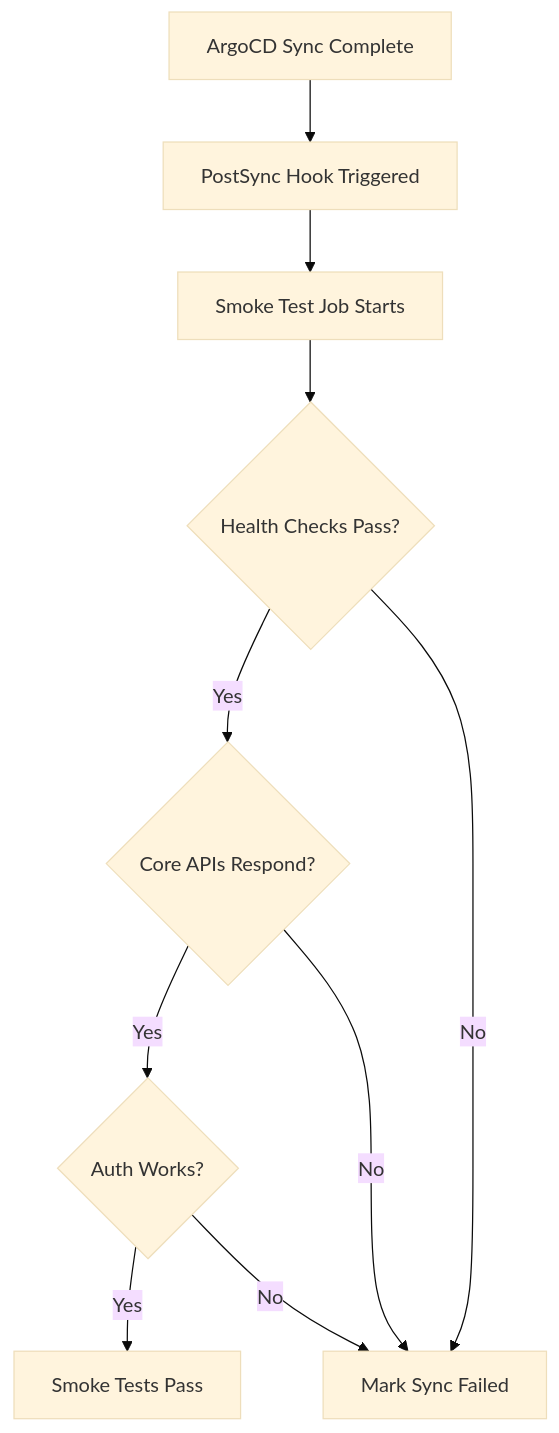
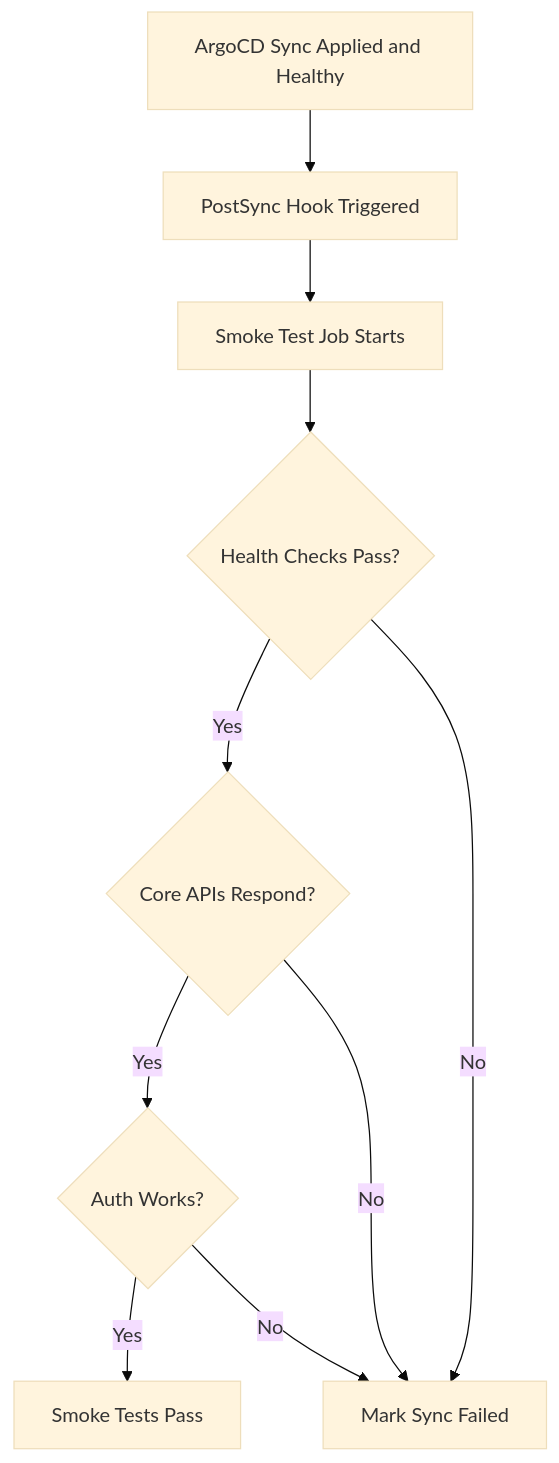
One commit to OneUptime/blog changed the diagram in posts/2026-02-26-argocd-smoke-tests-postsync-hooks/README.md. Above: the diagram before and after it, drawn with Mermaid (base theme). The commit also changed other lines of this file and 2 other files, not shown here.

````diff
--- a/posts/2026-02-26-argocd-smoke-tests-postsync-hooks/README.md
+++ b/posts/2026-02-26-argocd-smoke-tests-postsync-hooks/README.md
@@ -26,12 +26,12 @@
 ```mermaid
 graph TD
-    A[ArgoCD Sync Complete] --> B[PostSync Hook Triggered]
+    A[ArgoCD Sync Applied and Healthy] --> B[PostSync Hook Triggered]
     B --> C[Smoke Test Job Starts]
     C --> D{Health Checks Pass?}
     D -->|Yes| E{Core APIs Respond?}
     D -->|No| H[Mark Sync Failed]
     E -->|Yes| F{Auth Works?}
     E -->|No| H
     F -->|Yes| G[Smoke Tests Pass]
     F -->|No| H
 ```
````
